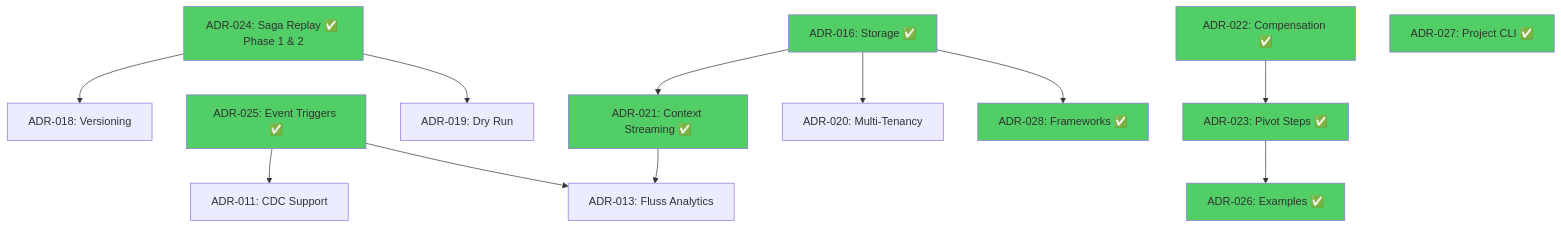
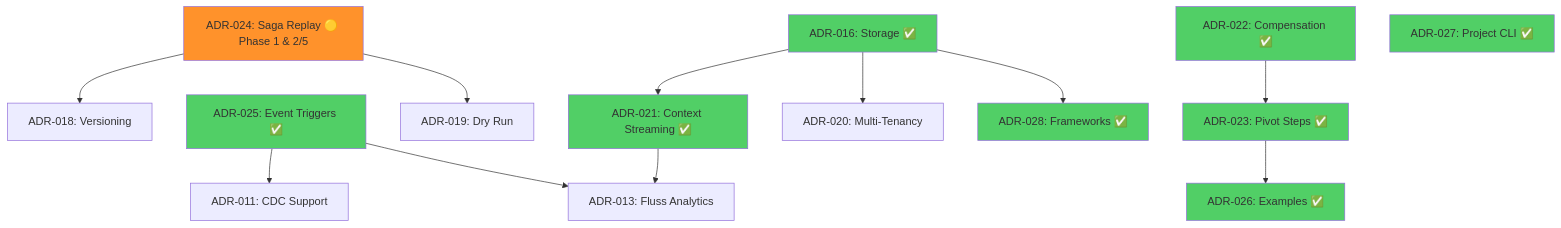
One commit to brunolnetto/sagaz changed the second of 2 diagrams in docs/architecture/adr-roadmap-dependencies.md. Above: the diagram before and after it, drawn with Mermaid. The commit also changed other lines of this file and 3 other files, not shown here.

````diff
--- a/docs/architecture/adr-roadmap-dependencies.md
+++ b/docs/architecture/adr-roadmap-dependencies.md
@@ -57,39 +66,39 @@
 ```mermaid
 graph TD
     %% Streaming dependencies (ADR-021 requires ADR-016)
     ADR016[ADR-016: Storage ✅] --> ADR021[ADR-021: Context Streaming ✅]
     
     %% Event triggers (independent, but enhances CDC)
     ADR025[ADR-025: Event Triggers ✅] --> ADR011[ADR-011: CDC Support]
     
     %% Replay chain
-    ADR024[ADR-024: Saga Replay ✅ Phase 1 & 2] --> ADR018[ADR-018: Versioning]
+    ADR024[ADR-024: Saga Replay 🟡 Phase 1 & 2/5] --> ADR018[ADR-018: Versioning]
     ADR024 --> ADR019[ADR-019: Dry Run]
     
     %% Multi-tenancy requires storage
     ADR016 --> ADR020[ADR-020: Multi-Tenancy]
     
     %% Advanced analytics requires streaming + triggers
     ADR021 --> ADR013[ADR-013: Fluss Analytics]
     ADR025 --> ADR013
     
     %% Framework integration requires storage
     ADR016 --> ADR028[ADR-028: Frameworks ✅]
     
     %% Pivot chain (independent of streaming!)
     ADR022[ADR-022: Compensation ✅] --> ADR023[ADR-023: Pivot Steps ✅]
     ADR023 --> ADR026[ADR-026: Examples ✅]
     
     style ADR016 fill:#51cf66
     style ADR022 fill:#51cf66
     style ADR023 fill:#51cf66
     style ADR026 fill:#51cf66
     style ADR028 fill:#51cf66
     style ADR025 fill:#51cf66
     style ADR027 fill:#51cf66
     style ADR021 fill:#51cf66
-    style ADR024 fill:#51cf66
+    style ADR024 fill:#ff922b
 
     %% Independent
     ADR027[ADR-027: Project CLI ✅]
 ```
````
